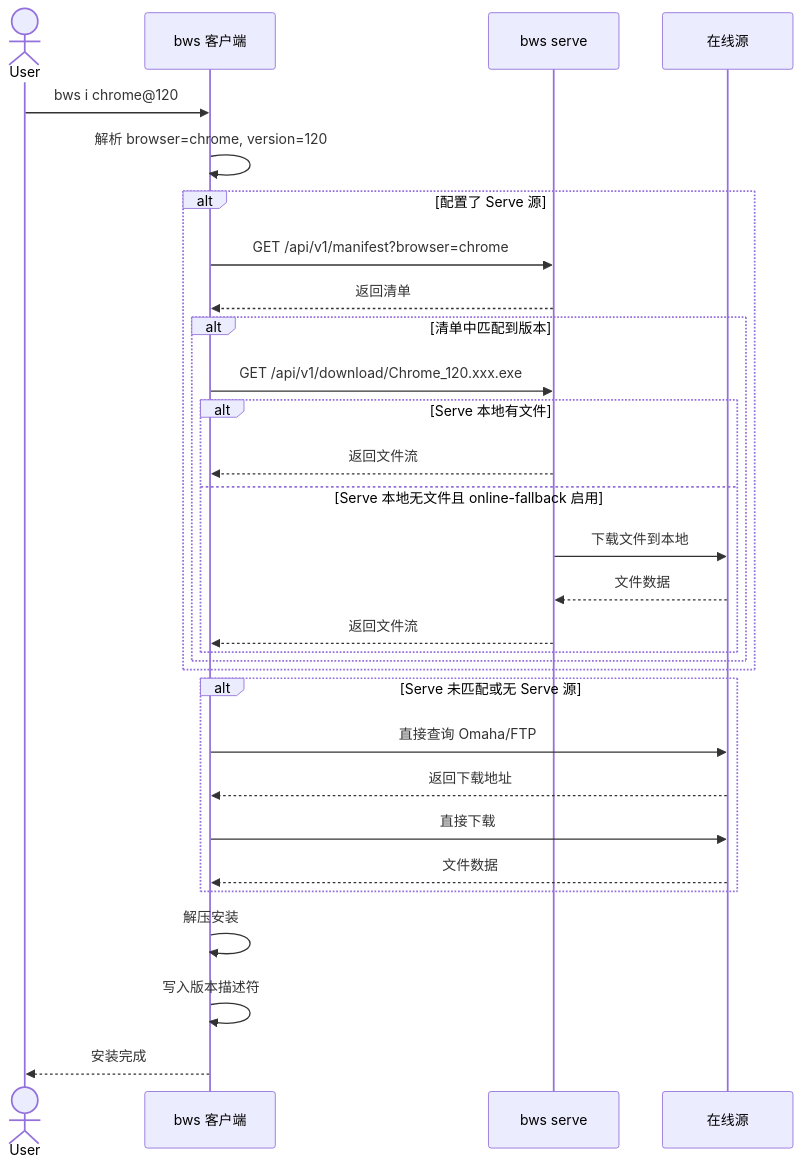
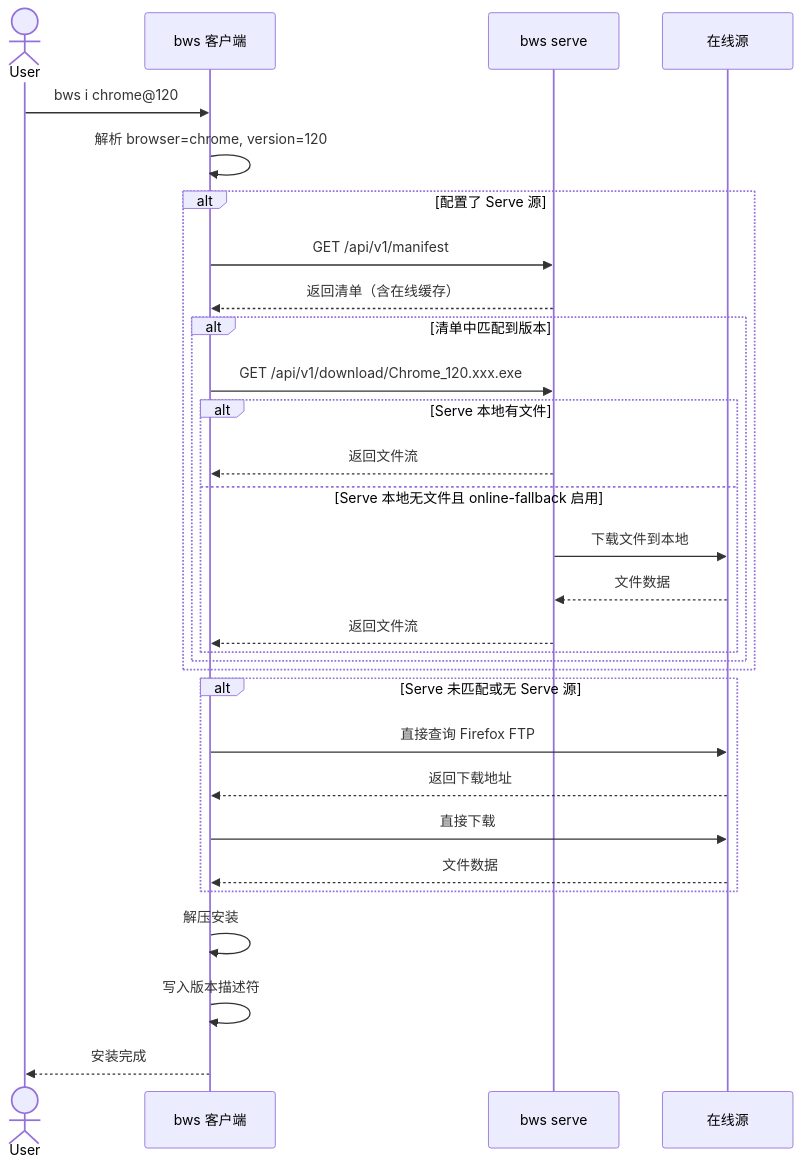
Before and after one commit to hyjiacan/browser-workshop: the third of 11 diagrams in docs/guide/design.md, drawn with Mermaid. The commit also changed other lines of this file and 47 other files, not shown here.

````diff
--- a/docs/guide/design.md
+++ b/docs/guide/design.md
@@ -122,36 +116,36 @@
 ```mermaid
 sequenceDiagram
     actor User
     participant Client as bws 客户端
     participant Serve as bws serve
     participant Online as 在线源
 
     User->>Client: bws i chrome@120
     Client->>Client: 解析 browser=chrome, version=120
 
     alt 配置了 Serve 源
-        Client->>Serve: GET /api/v1/manifest?browser=chrome
-        Serve-->>Client: 返回清单
+        Client->>Serve: GET /api/v1/manifest
+        Serve-->>Client: 返回清单（含在线缓存）
         alt 清单中匹配到版本
             Client->>Serve: GET /api/v1/download/Chrome_120.xxx.exe
             alt Serve 本地有文件
                 Serve-->>Client: 返回文件流
             else Serve 本地无文件且 online-fallback 启用
                 Serve->>Online: 下载文件到本地
                 Online-->>Serve: 文件数据
                 Serve-->>Client: 返回文件流
             end
         end
     end
 
     alt Serve 未匹配或无 Serve 源
-        Client->>Online: 直接查询 Omaha/FTP
+        Client->>Online: 直接查询 Firefox FTP
         Online-->>Client: 返回下载地址
         Client->>Online: 直接下载
         Online-->>Client: 文件数据
     end
 
     Client->>Client: 解压安装
     Client->>Client: 写入版本描述符
     Client-->>User: 安装完成
 ```
````
